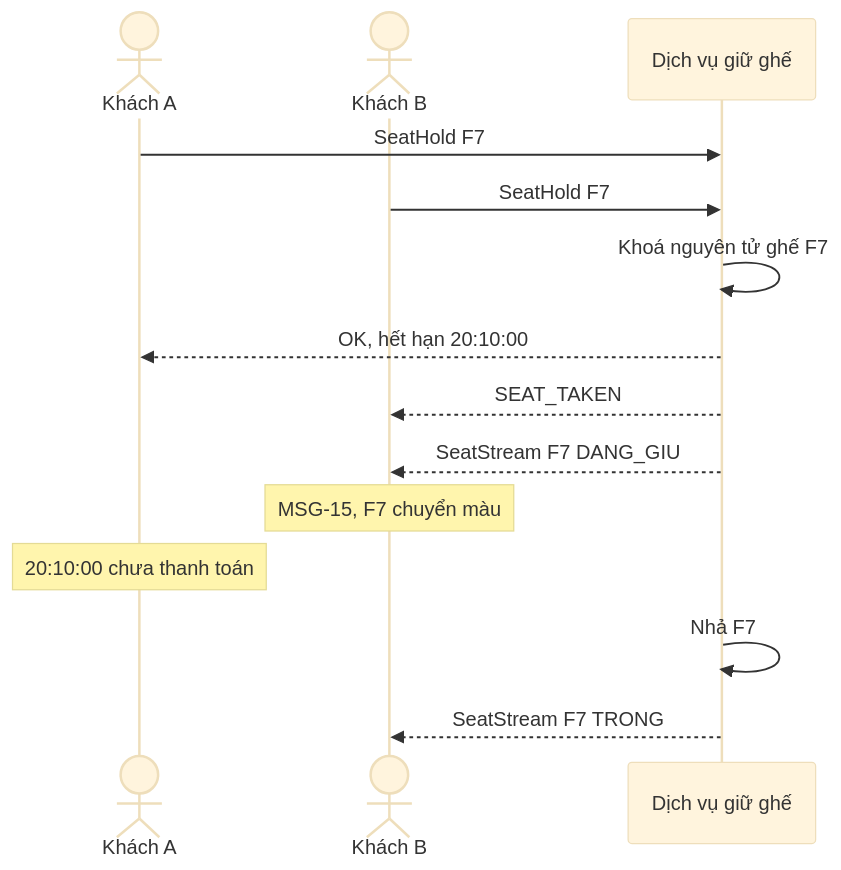
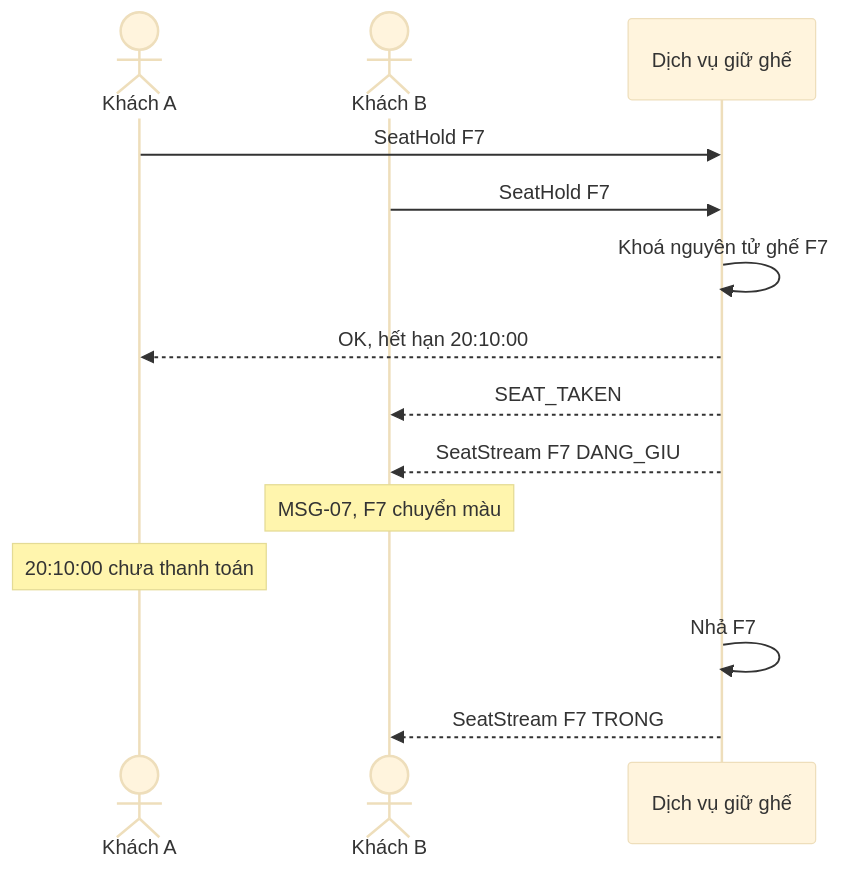
Diagram 13 of 15 in docs/SRS.md (uxfoundation-vn/de08-dat-ve-xem-phim), drawn with Mermaid (base theme) before and after one commit. The commit also changed other lines of this file and 2 other files, not shown here.

````diff
--- a/docs/SRS.md
+++ b/docs/SRS.md
@@ -1061,16 +760,16 @@
 ```mermaid
 sequenceDiagram
   actor A as Khách A
   actor B as Khách B
   participant API as Dịch vụ giữ ghế
   A->>API: SeatHold F7
   B->>API: SeatHold F7
   API->>API: Khoá nguyên tử ghế F7
   API-->>A: OK, hết hạn 20:10:00
   API-->>B: SEAT_TAKEN
   API-->>B: SeatStream F7 DANG_GIU
-  Note over B: MSG-15, F7 chuyển màu
+  Note over B: MSG-07, F7 chuyển màu
   Note over A: 20:10:00 chưa thanh toán
   API->>API: Nhả F7
   API-->>B: SeatStream F7 TRONG
 ```
````
